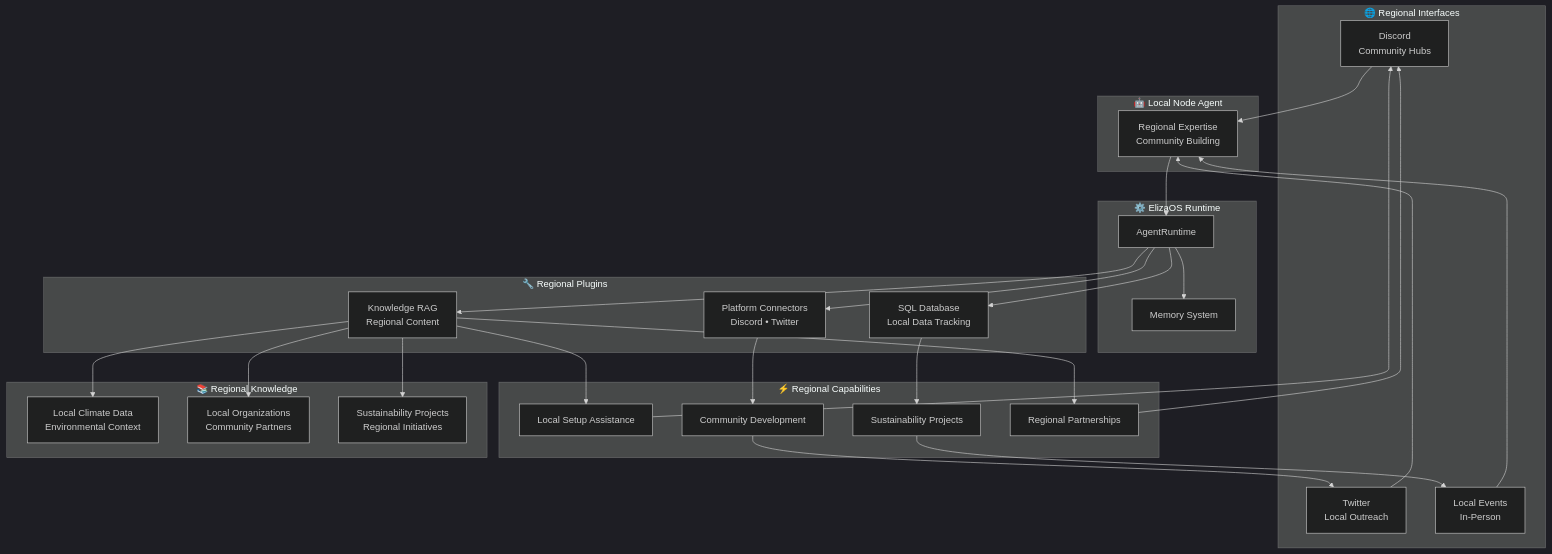
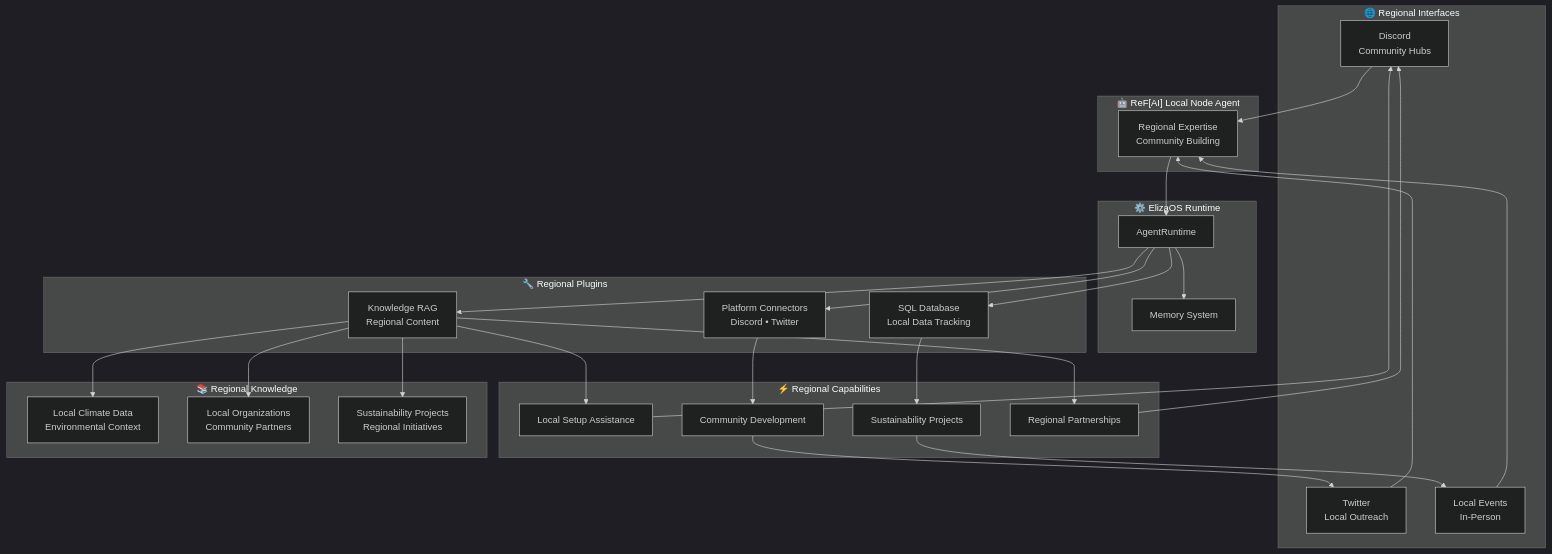
Before and after one commit to ReFiDAO/regen_eliza-refi_dao: the third of 4 diagrams in README.md, drawn with Mermaid (dark theme). The commit also changed other lines of this file, not shown here.

First line of the commit message:
fix: Restore original ReF[AI] agent naming convention

````diff
--- a/README.md
+++ b/README.md
@@ -184,67 +184,67 @@
 ```mermaid
 graph TB
     %% External Interfaces - Regional Focus
     subgraph "🌐 Regional Interfaces"
         REG1[Discord<br/>Community Hubs]
         REG2[Twitter<br/>Local Outreach]
         REG3[Local Events<br/>In-Person]
     end
     
-    %% Local Node Agent
-    subgraph "🤖 Local Node Agent"
+    %% ReF[AI] Local Node Agent
+    subgraph "🤖 ReF[AI] Local Node Agent"
         LNA[Regional Expertise<br/>Community Building]
     end
     
     %% ElizaOS Runtime
     subgraph "⚙️ ElizaOS Runtime"
         RT2[AgentRuntime]
         MEM2[Memory System]
     end
     
     %% Regional Plugins
     subgraph "🔧 Regional Plugins"
         PLG4[Knowledge RAG<br/>Regional Content]
         PLG5[Platform Connectors<br/>Discord • Twitter]
         PLG6[SQL Database<br/>Local Data Tracking]
     end
     
     %% Regional Capabilities
     subgraph "⚡ Regional Capabilities"
         CAP5[Local Setup Assistance]
         CAP6[Community Development]
         CAP7[Sustainability Projects]
         CAP8[Regional Partnerships]
     end
     
     %% Regional Knowledge
     subgraph "📚 Regional Knowledge"
         KB4[Local Climate Data<br/>Environmental Context]
         KB5[Local Organizations<br/>Community Partners]
         KB6[Sustainability Projects<br/>Regional Initiatives]
     end
     
     %% Data Flow
     REG1 --> LNA
     REG2 --> LNA
     REG3 --> LNA
     
     LNA --> RT2
     RT2 --> PLG4
     RT2 --> PLG5
     RT2 --> PLG6
     RT2 --> MEM2
     
     PLG4 --> KB4
     PLG4 --> KB5
     PLG4 --> KB6
     
     PLG4 --> CAP5
     PLG5 --> CAP6
     PLG6 --> CAP7
     PLG4 --> CAP8
     
     CAP5 --> REG1
     CAP6 --> REG2
     CAP7 --> REG3
     CAP8 --> REG1
 ```
````
